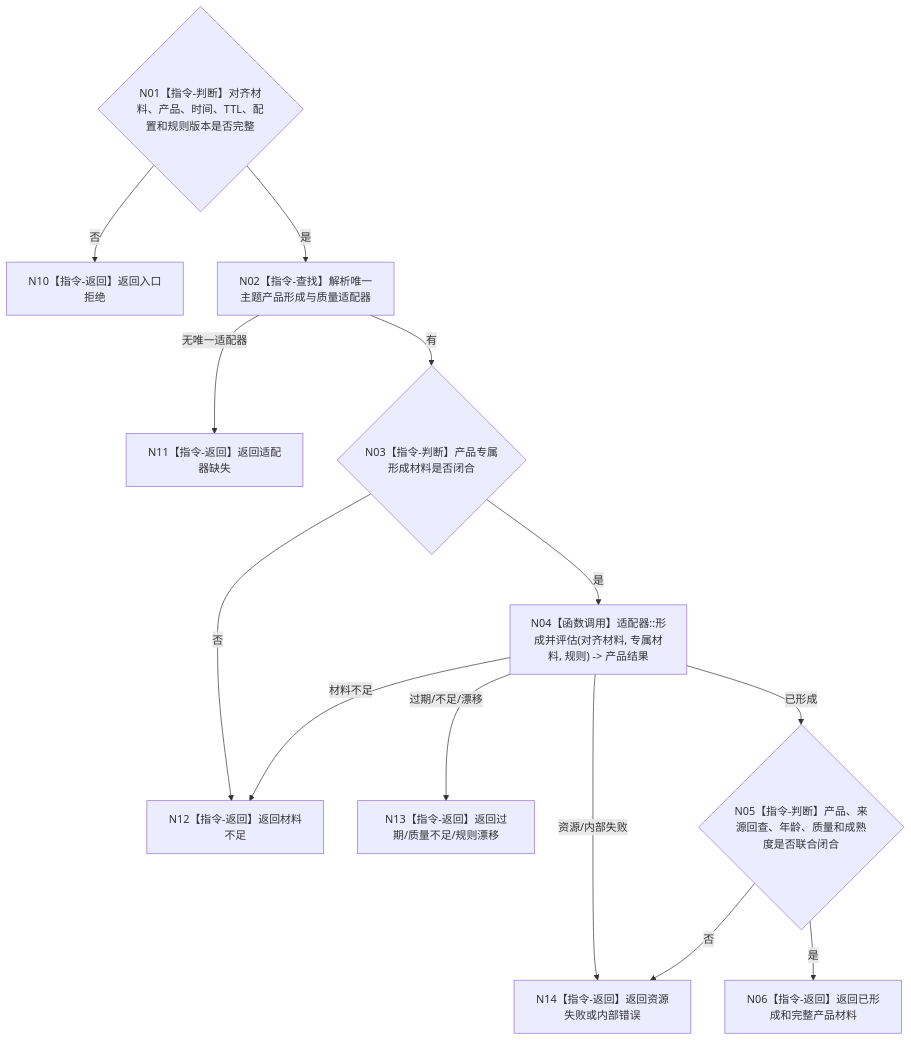
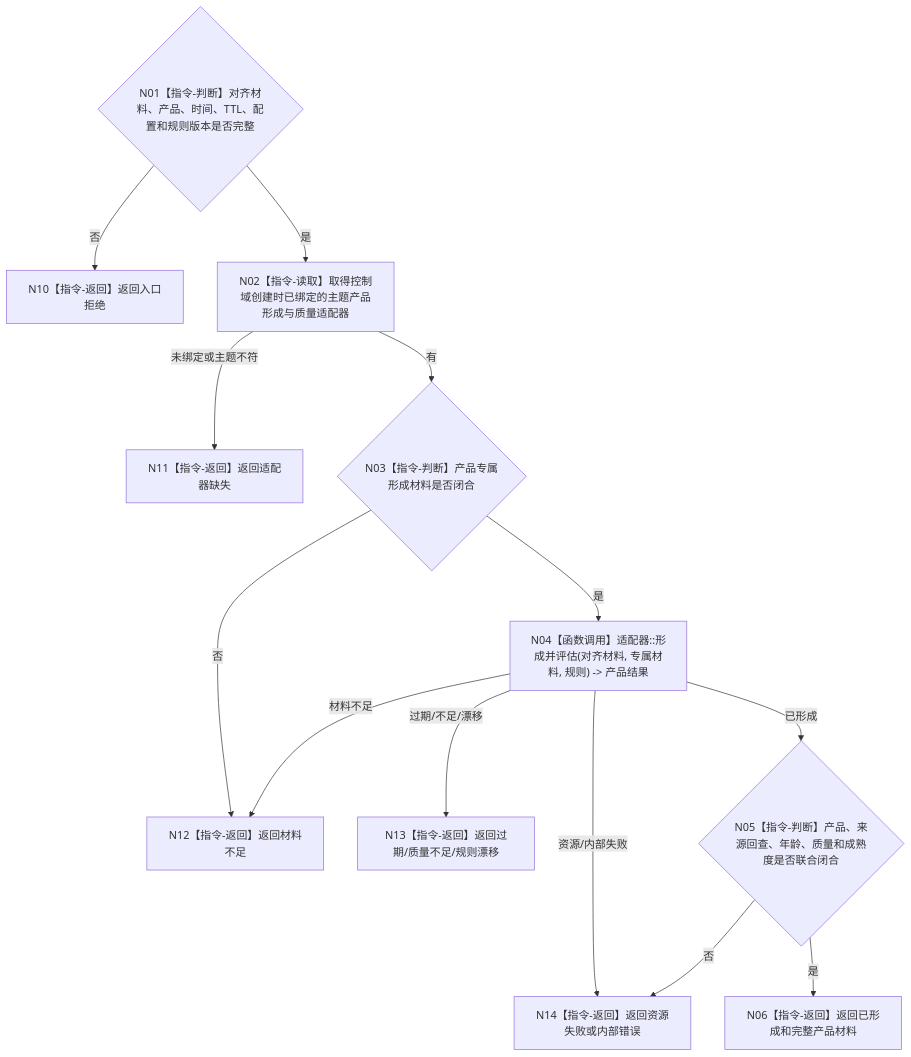
One commit to chunhaizh-cyber/HY-Ego changed the diagram in 流程图/目标业务流程图/L3/BIZ-L3-006-03-03_形成外设主题产品并计算年龄与质量_目标函数流程图_v0.2.md. Above: the diagram before and after it, drawn with Mermaid. The commit also changed other lines of this file and 20 other files, not shown here.

````diff
--- a/流程图/目标业务流程图/L3/BIZ-L3-006-03-03_形成外设主题产品并计算年龄与质量_目标函数流程图_v0.2.md
+++ b/流程图/目标业务流程图/L3/BIZ-L3-006-03-03_形成外设主题产品并计算年龄与质量_目标函数流程图_v0.2.md
@@ -31,27 +31,27 @@
 ```mermaid
 flowchart TD
     N01{"N01【指令-判断】对齐材料、产品、时间、TTL、配置和规则版本是否完整"}
-    N02["N02【指令-查找】解析唯一主题产品形成与质量适配器"]
+    N02["N02【指令-读取】取得控制域创建时已绑定的主题产品形成与质量适配器"]
     N03{"N03【指令-判断】产品专属形成材料是否闭合"}
     N04["N04【函数调用】适配器::形成并评估(对齐材料, 专属材料, 规则) -> 产品结果"]
     N05{"N05【指令-判断】产品、来源回查、年龄、质量和成熟度是否联合闭合"}
     N06["N06【指令-返回】返回已形成和完整产品材料"]
     N10["N10【指令-返回】返回入口拒绝"]
     N11["N11【指令-返回】返回适配器缺失"]
     N12["N12【指令-返回】返回材料不足"]
     N13["N13【指令-返回】返回过期/质量不足/规则漂移"]
     N14["N14【指令-返回】返回资源失败或内部错误"]
 
     N01 -->|否| N10
     N01 -->|是| N02
-    N02 -->|无唯一适配器| N11
+    N02 -->|未绑定或主题不符| N11
     N02 -->|有| N03
     N03 -->|否| N12
     N03 -->|是| N04
     N04 -->|材料不足| N12
     N04 -->|过期/不足/漂移| N13
     N04 -->|资源/内部失败| N14
     N04 -->|已形成| N05
     N05 -->|否| N14
     N05 -->|是| N06
 ```
````
